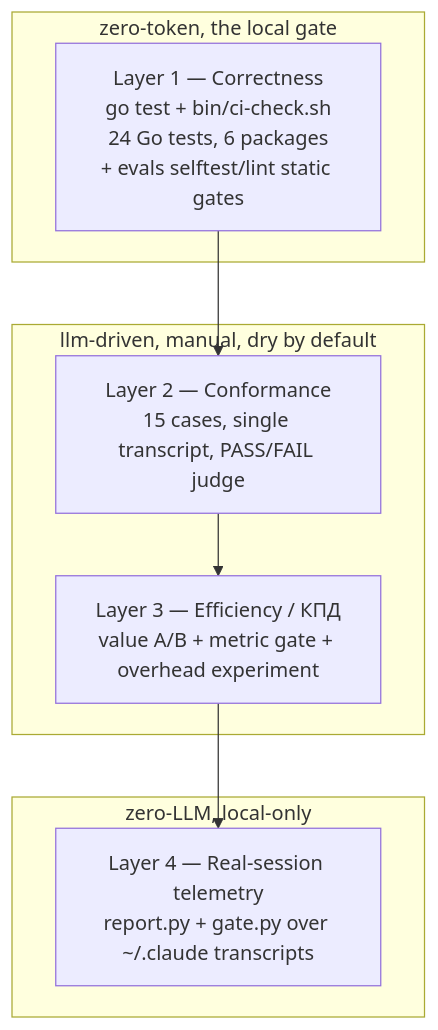
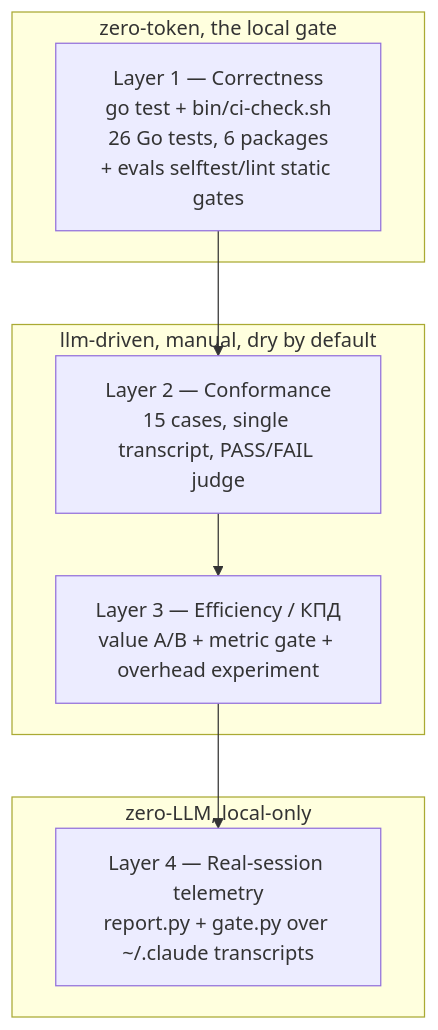
Before and after one commit to Tsurai7/agentic-toolset: the diagram in TESTING.md, drawn with Mermaid. The commit also changed other lines of this file and 7 other files, not shown here.

````diff
--- a/TESTING.md
+++ b/TESTING.md
@@ -39,16 +39,16 @@
 ```mermaid
 graph TD
     subgraph "zero-token, the local gate"
-        L1["Layer 1 — Correctness<br/>go test + bin/ci-check.sh<br/>24 Go tests, 6 packages<br/>+ evals selftest/lint static gates"]
+        L1["Layer 1 — Correctness<br/>go test + bin/ci-check.sh<br/>26 Go tests, 6 packages<br/>+ evals selftest/lint static gates"]
     end
     subgraph "llm-driven, manual, dry by default"
         L2["Layer 2 — Conformance<br/>15 cases, single transcript, PASS/FAIL judge"]
         L3["Layer 3 — Efficiency / КПД<br/>value A/B + metric gate + overhead experiment"]
     end
     subgraph "zero-LLM, local-only"
         L4["Layer 4 — Real-session telemetry<br/>report.py + gate.py over ~/.claude transcripts"]
     end
     L1 --> L2
     L2 --> L3
     L3 --> L4
 ```
````
